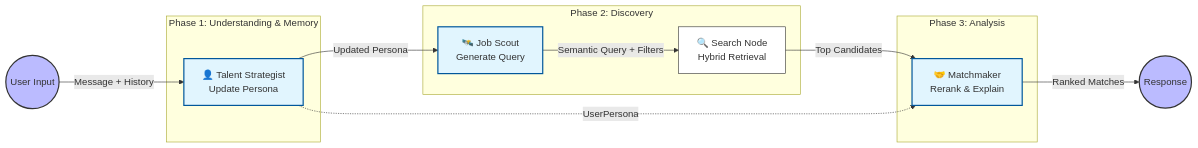
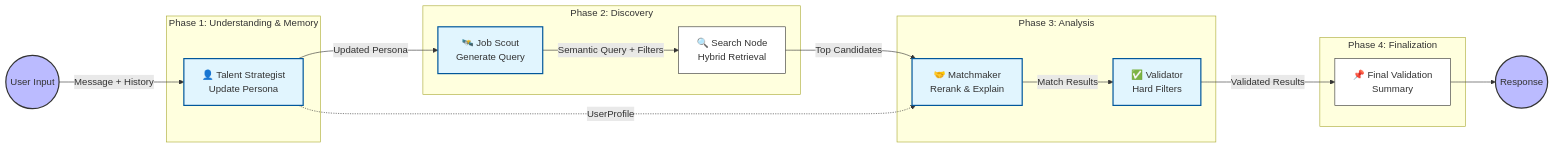
The second of 2 diagrams in README.md (kkonst-bond-edu/funds-search), drawn with Mermaid before and after one commit. The commit also changed other lines of this file and 29 other files, not shown here.

````diff
--- a/README.md
+++ b/README.md
@@ -146,35 +157,42 @@
 ```mermaid
 graph LR
     %% Styles
     classDef start fill:#bbf,stroke:#333,stroke-width:2px;
     classDef process fill:#fff,stroke:#333,stroke-width:1px;
     classDef agent fill:#e1f5fe,stroke:#01579b,stroke-width:2px;
     classDef endnode fill:#bbf,stroke:#333,stroke-width:2px;
 
     %% Nodes
     START((User Input)):::start
     
     subgraph "Phase 1: Understanding & Memory"
         TS[👤 Talent Strategist<br/>Update Persona]:::agent
     end
 
     subgraph "Phase 2: Discovery"
         JS[🛰️ Job Scout<br/>Generate Query]:::agent
         SV[🔍 Search Node<br/>Hybrid Retrieval]:::process
     end
 
     subgraph "Phase 3: Analysis"
         MM[🤝 Matchmaker<br/>Rerank & Explain]:::agent
+        VA[✅ Validator<br/>Hard Filters]:::agent
+    end
+
+    subgraph "Phase 4: Finalization"
+        FV[📌 Final Validation<br/>Summary]:::process
     end
 
     END((Response)):::endnode
 
     %% Flow
     START -->|Message + History| TS
     TS -->|Updated Persona| JS
     JS -->|Semantic Query + Filters| SV
     
     SV -->|Top Candidates| MM
-    TS -.->|UserPersona| MM
-    MM -->|Ranked Matches| END
+    TS -.->|UserProfile| MM
+    MM -->|Match Results| VA
+    VA -->|Validated Results| FV
+    FV --> END
 ```
````
